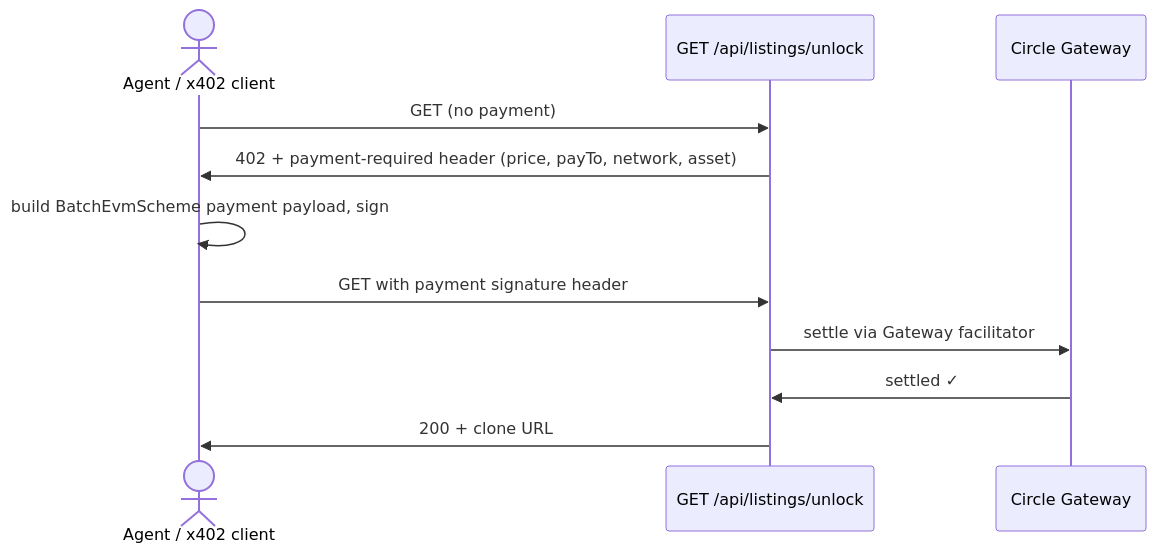
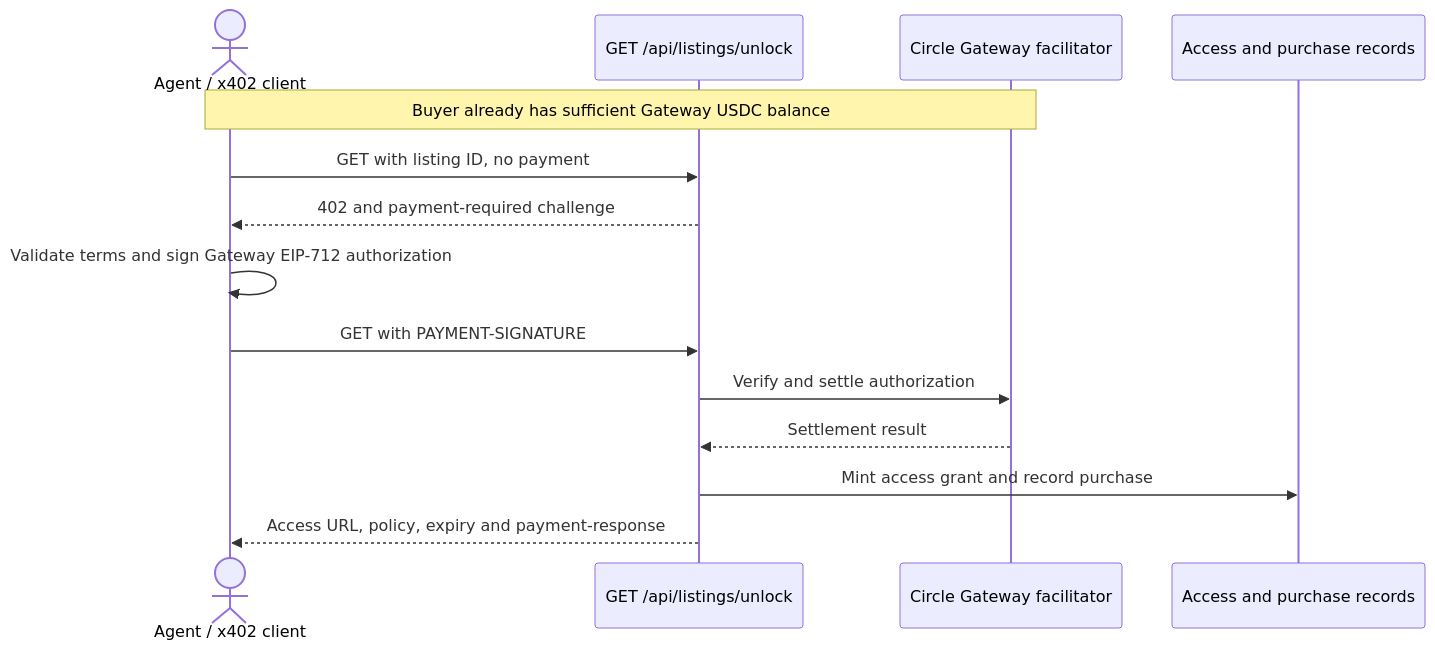
Before and after one commit to vm06007/margit: the fourth of 7 diagrams in README.md, drawn with Mermaid. The commit also changed other lines of this file and 13 other files, not shown here.

````diff
--- a/README.md
+++ b/README.md
@@ -133,14 +132,16 @@
 ```mermaid
 sequenceDiagram
     actor A as Agent / x402 client
-    participant GW as GET /api/listings/unlock
-    participant CG as Circle Gateway
-
-    A->>GW: GET (no payment)
-    GW->>A: 402 + payment-required header (price, payTo, network, asset)
-    A->>A: build BatchEvmScheme payment payload, sign
-    A->>GW: GET with payment signature header
-    GW->>CG: settle via Gateway facilitator
-    CG->>GW: settled ✓
-    GW->>A: 200 + clone URL
+    participant API as GET /api/listings/unlock
+    participant CG as Circle Gateway facilitator
+    participant Store as Access and purchase records
+    Note over A,CG: Buyer already has sufficient Gateway USDC balance
+    A->>API: GET with listing ID, no payment
+    API-->>A: 402 and payment-required challenge
+    A->>A: Validate terms and sign Gateway EIP-712 authorization
+    A->>API: GET with PAYMENT-SIGNATURE
+    API->>CG: Verify and settle authorization
+    CG-->>API: Settlement result
+    API->>Store: Mint access grant and record purchase
+    API-->>A: Access URL, policy, expiry and payment-response
 ```
````
